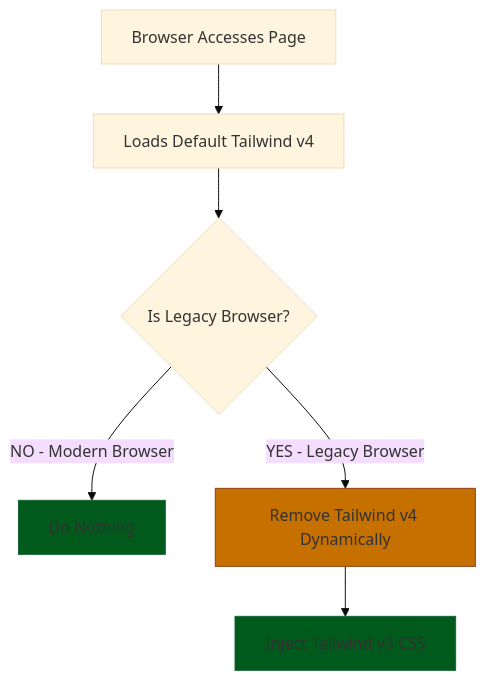
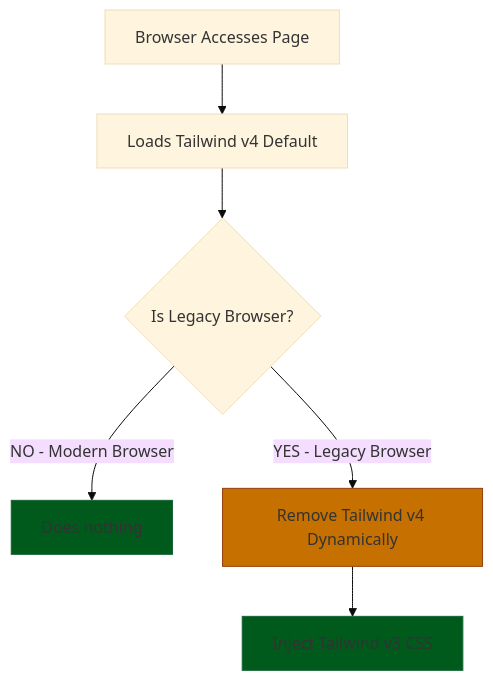
The diagram in README.md (sapiyans/vite-plugin-tailwind-legacy), drawn with Mermaid (base theme) before and after one commit. The commit also changed other lines of this file and 12 other files, not shown here.

````diff
--- a/README.md
+++ b/README.md
@@ -376,12 +152,12 @@
 ```mermaid
 graph TD
-    A[Browser Accesses Page] --> B[Loads Default Tailwind v4]
+    A[Browser Accesses Page] --> B[Loads Tailwind v4 Default]
     B --> C{Is Legacy Browser?}
-    C -->|NO - Modern Browser| D[Do Nothing]
+    C -->|NO - Modern Browser| D[Does nothing]
     C -->|YES - Legacy Browser| E[Remove Tailwind v4 Dynamically]
     E --> F[Inject Tailwind v3 CSS]
 
     style D fill:#005a1c,stroke:#166534
     style F fill:#005a1c,stroke:#166534
     style E fill:#c67000,stroke:#92400e
 ```
````
